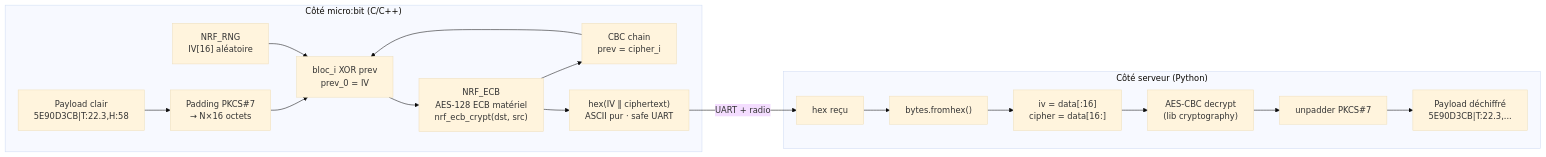
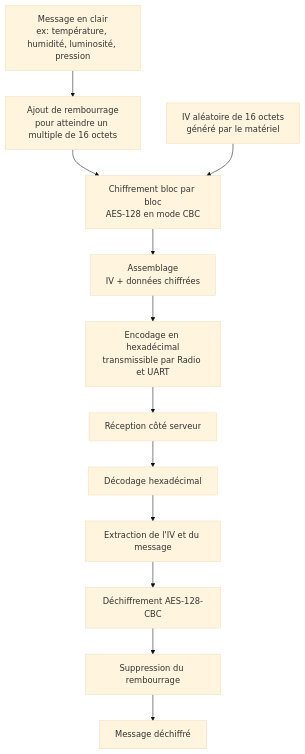
One commit to QuentinBastos/iot-project changed the fifth of 16 diagrams in rendu.md. Above: the diagram before and after it, drawn with Mermaid (base theme). The commit also changed other lines of this file, not shown here.

````diff
--- a/rendu.md
+++ b/rendu.md
@@ -189,22 +120,22 @@
 ```mermaid
-flowchart LR
-    subgraph MICRO["Côté micro:bit (C/C++)"]
-        P["Payload clair\n5E90D3CB|T:22.3,H:58"] --> PAD["Padding PKCS#7\n→ N×16 octets"]
-        PAD --> XOR
-        RNG2["NRF_RNG\nIV[16] aléatoire"] --> XOR["bloc_i XOR prev\nprev_0 = IV"]
-        XOR --> ECB["NRF_ECB\nAES-128 ECB matériel\nnrf_ecb_crypt(dst, src)"]
-        ECB --> CHAIN["CBC chain\nprev = cipher_i"]
-        CHAIN --> XOR
-        ECB --> HEX["hex(IV ‖ ciphertext)\nASCII pur · safe UART"]
-    end
+flowchart TD
+    A["Message en clair\nex: température, humidité, luminosité, pression"]
+    B["Ajout de rembourrage\npour atteindre un multiple de 16 octets"]
+    C["IV aléatoire de 16 octets\ngénéré par le matériel"]
+    D["Chiffrement bloc par bloc\nAES-128 en mode CBC"]
+    E["Assemblage\nIV + données chiffrées"]
+    F["Encodage en hexadécimal\ntransmissible par Radio et UART"]
 
-    subgraph SERVER["Côté serveur (Python)"]
-        HEX2["hex reçu"] --> PARSE["bytes.fromhex()"]
-        PARSE --> SPLIT["iv = data[:16]\ncipher = data[16:]"]
-        SPLIT --> DEC["AES-CBC decrypt\n(lib cryptography)"]
-        DEC --> UNPAD["unpadder PKCS#7"]
-        UNPAD --> PLAIN["Payload déchiffré\n5E90D3CB|T:22.3,..."]
-    end
+    A --> B --> D
+    C --> D
+    D --> E --> F
 
-    HEX -- "UART + radio" --> HEX2
+    G["Réception côté serveur"]
+    H["Décodage hexadécimal"]
+    I["Extraction de l'IV et du message"]
+    J["Déchiffrement AES-128-CBC"]
+    K["Suppression du rembourrage"]
+    L["Message déchiffré"]
+
+    F --> G --> H --> I --> J --> K --> L
 ```
````
